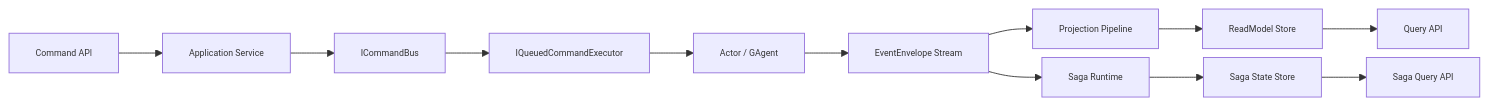
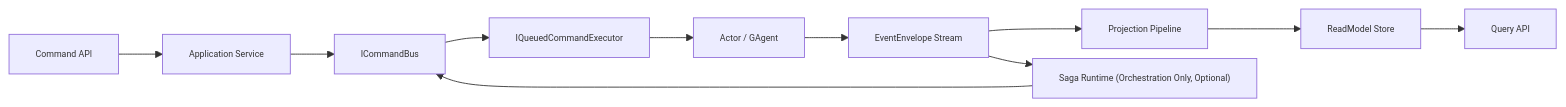
Before and after one commit to aevatarAI/aevatar: the fourth of 5 diagrams in docs/PROJECT_ARCHITECTURE.md, drawn with Mermaid. The commit also changed other lines of this file and 53 other files, not shown here.

First line of the commit message:
Remove Saga components from Aevatar architecture

````diff
--- a/docs/PROJECT_ARCHITECTURE.md
+++ b/docs/PROJECT_ARCHITECTURE.md
@@ -75,9 +75,8 @@
 ```mermaid
 %%{init: {"maxTextSize": 100000, "flowchart": {"useMaxWidth": false, "nodeSpacing": 10, "rankSpacing": 50}, "themeVariables": {"fontSize": "10px"}}}%%
 flowchart LR
     C["Command API"] --> APP["Application Service"] --> BUS["ICommandBus"] --> EXEC["IQueuedCommandExecutor"] --> ACT["Actor / GAgent"]
     ACT --> EVT["EventEnvelope Stream"] --> PROJ["Projection Pipeline"] --> RM["ReadModel Store"] --> Q["Query API"]
-    EVT --> SAGA["Saga Runtime"]
-    SAGA --> SS["Saga State Store"]
-    SS --> SQ["Saga Query API"]
+    EVT --> SAGA["Saga Runtime (Orchestration Only, Optional)"]
+    SAGA --> BUS
 ```
````
